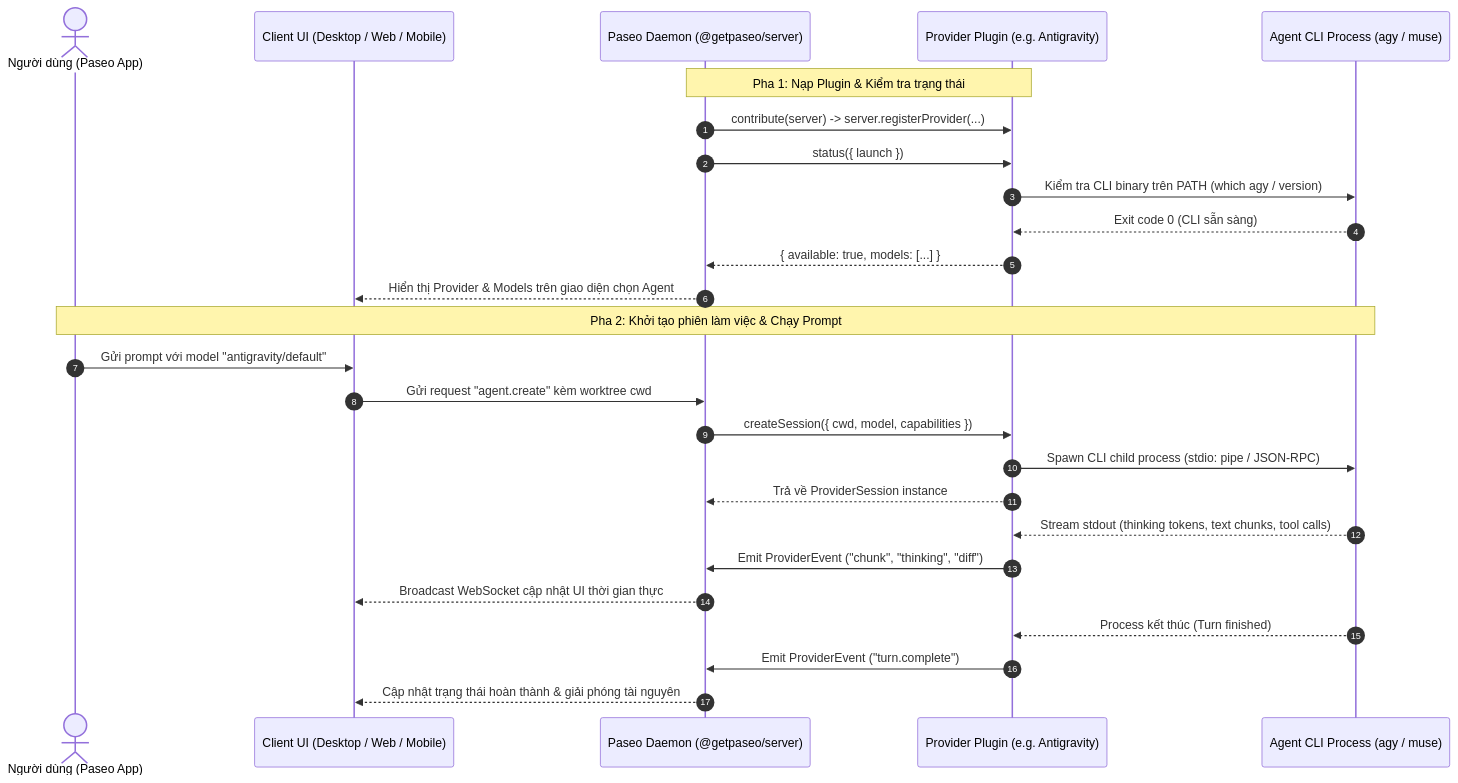
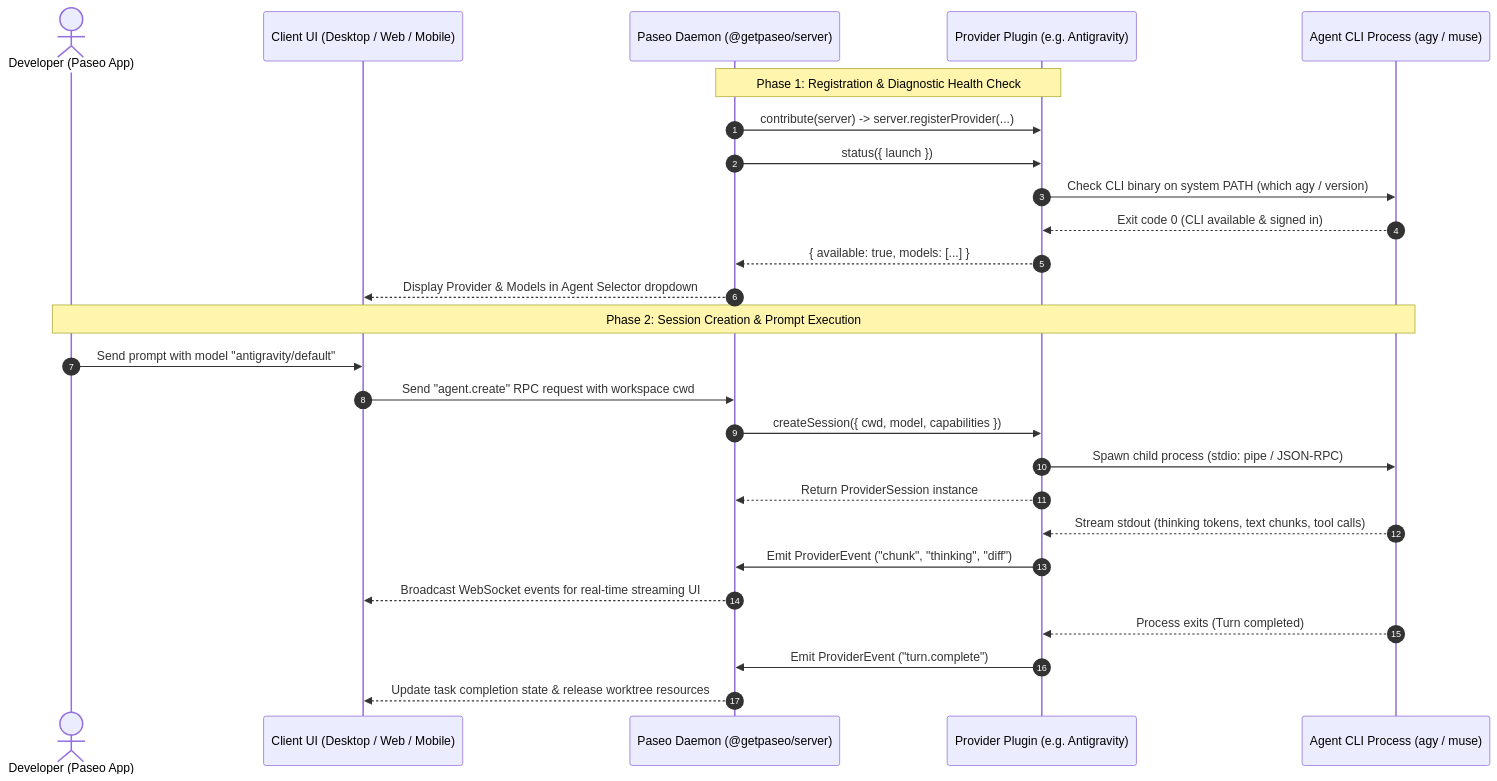
The second of 3 diagrams in plugins/README.md (luongndcoder/paseo), drawn with Mermaid before and after one commit. The commit also changed other lines of this file and 2 other files, not shown here.

Commit message:
docs: translate plugin and architecture documentation to English and add registry publishing guide

````diff
--- a/plugins/README.md
+++ b/plugins/README.md
@@ -77,32 +79,32 @@
 ```mermaid
 sequenceDiagram
     autonumber
-    actor User as Người dùng (Paseo App)
+    actor User as Developer (Paseo App)
     participant Client as Client UI (Desktop / Web / Mobile)
     participant Daemon as Paseo Daemon (@getpaseo/server)
     participant Plugin as Provider Plugin (e.g. Antigravity)
     participant Subprocess as Agent CLI Process (agy / muse)
 
-    Note over Daemon,Plugin: Pha 1: Nạp Plugin & Kiểm tra trạng thái
+    Note over Daemon,Plugin: Phase 1: Registration & Diagnostic Health Check
     Daemon->>Plugin: contribute(server) -> server.registerProvider(...)
     Daemon->>Plugin: status({ launch })
-    Plugin->>Subprocess: Kiểm tra CLI binary trên PATH (which agy / version)
-    Subprocess-->>Plugin: Exit code 0 (CLI sẵn sàng)
+    Plugin->>Subprocess: Check CLI binary on system PATH (which agy / version)
+    Subprocess-->>Plugin: Exit code 0 (CLI available & signed in)
     Plugin-->>Daemon: { available: true, models: [...] }
-    Daemon-->>Client: Hiển thị Provider & Models trên giao diện chọn Agent
+    Daemon-->>Client: Display Provider & Models in Agent Selector dropdown
 
-    Note over User,Subprocess: Pha 2: Khởi tạo phiên làm việc & Chạy Prompt
-    User->>Client: Gửi prompt với model "antigravity/default"
-    Client->>Daemon: Gửi request "agent.create" kèm worktree cwd
+    Note over User,Subprocess: Phase 2: Session Creation & Prompt Execution
+    User->>Client: Send prompt with model "antigravity/default"
+    Client->>Daemon: Send "agent.create" RPC request with workspace cwd
     Daemon->>Plugin: createSession({ cwd, model, capabilities })
-    Plugin->>Subprocess: Spawn CLI child process (stdio: pipe / JSON-RPC)
-    Plugin-->>Daemon: Trả về ProviderSession instance
+    Plugin->>Subprocess: Spawn child process (stdio: pipe / JSON-RPC)
+    Plugin-->>Daemon: Return ProviderSession instance
 
     Subprocess-->>Plugin: Stream stdout (thinking tokens, text chunks, tool calls)
     Plugin->>Daemon: Emit ProviderEvent ("chunk", "thinking", "diff")
-    Daemon-->>Client: Broadcast WebSocket cập nhật UI thời gian thực
+    Daemon-->>Client: Broadcast WebSocket events for real-time streaming UI
 
-    Subprocess-->>Plugin: Process kết thúc (Turn finished)
+    Subprocess-->>Plugin: Process exits (Turn completed)
     Plugin->>Daemon: Emit ProviderEvent ("turn.complete")
-    Daemon-->>Client: Cập nhật trạng thái hoàn thành & giải phóng tài nguyên
+    Daemon-->>Client: Update task completion state & release worktree resources
 ```
````
